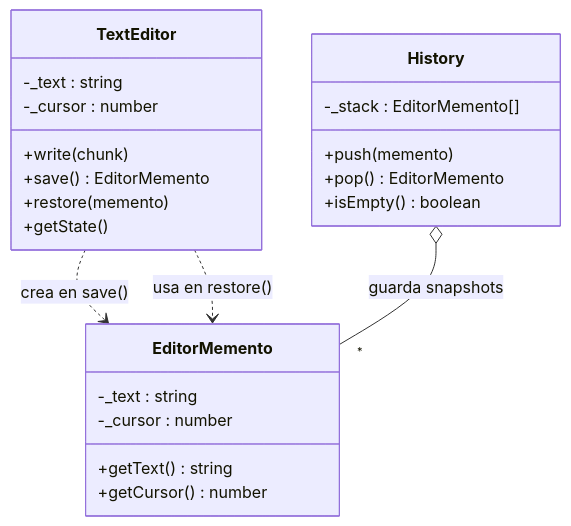
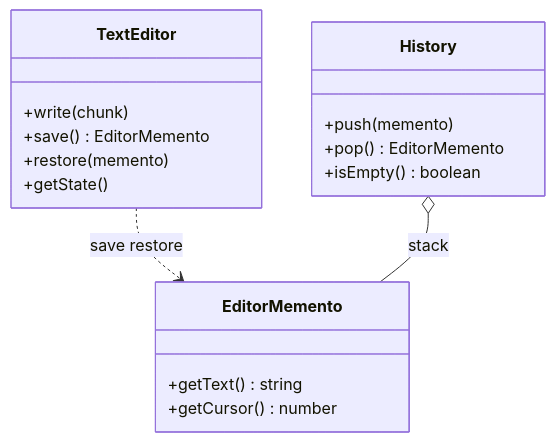
Before and after one commit to Javier-Gondres/Patrones: the seventh of 23 diagrams in README.md, drawn with Mermaid. The commit also changed other lines of this file, not shown here.

````diff
--- a/README.md
+++ b/README.md
@@ -176,27 +194,21 @@
 ```mermaid
 classDiagram
   class EditorMemento {
-    -_text : string
-    -_cursor : number
     +getText() string
     +getCursor() number
   }
   class TextEditor {
-    -_text : string
-    -_cursor : number
     +write(chunk)
     +save() EditorMemento
     +restore(memento)
     +getState()
   }
   class History {
-    -_stack : EditorMemento[]
     +push(memento)
     +pop() EditorMemento
     +isEmpty() boolean
   }
 
-  TextEditor ..> EditorMemento : crea en save()
-  TextEditor ..> EditorMemento : usa en restore()
-  History o-- "*" EditorMemento : guarda snapshots
+  TextEditor ..> EditorMemento : save restore
+  History o-- EditorMemento : stack
 ```
````
